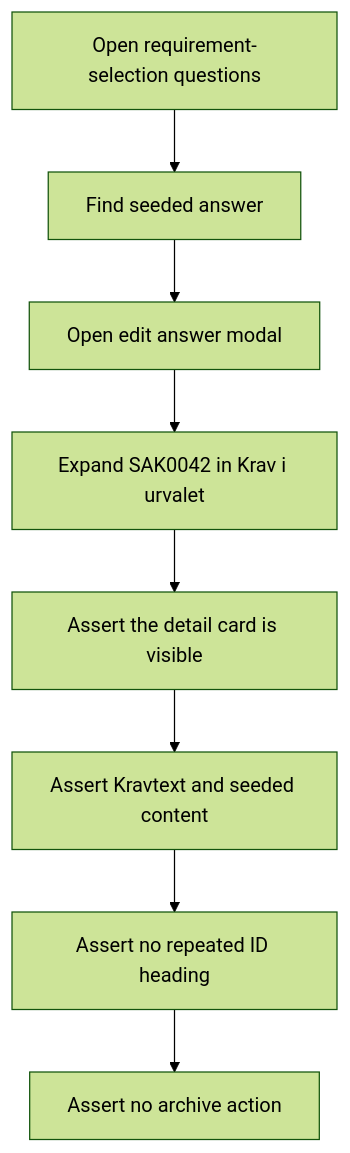
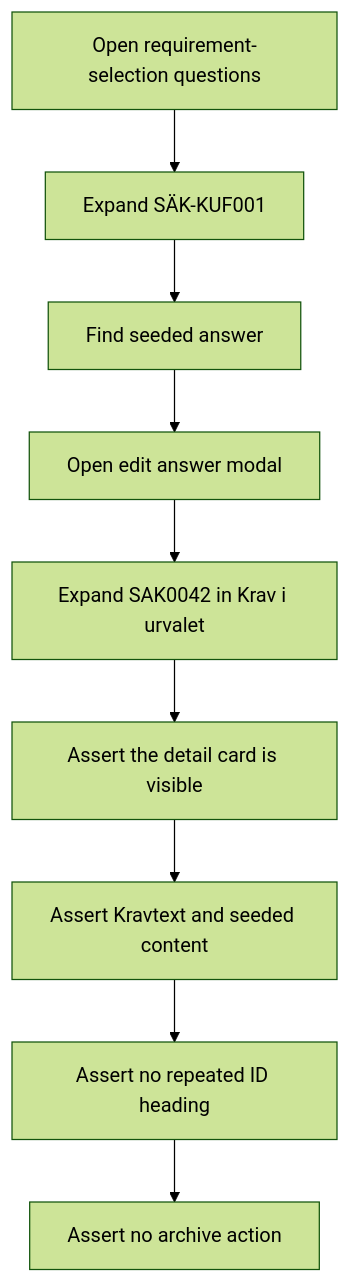
The first of 3 diagrams in tests/integration/requirement-selection-questions-detail.md (viscalyx/Kravhantering), drawn with Mermaid (forest theme) before and after one commit. The commit also changed other lines of this file and 36 other files, not shown here.

````diff
--- a/tests/integration/requirement-selection-questions-detail.md
+++ b/tests/integration/requirement-selection-questions-detail.md
@@ -12,10 +12,11 @@
 ```mermaid
 flowchart TD
-    A[Open requirement-selection questions] --> B[Find seeded answer]
-    B --> C[Open edit answer modal]
-    C --> D[Expand SAK0042 in Krav i urvalet]
-    D --> E[Assert the detail card is visible]
-    E --> F[Assert Kravtext and seeded content]
-    F --> G[Assert no repeated ID heading]
-    G --> H[Assert no archive action]
+    A[Open requirement-selection questions] --> B[Expand SÄK-KUF001]
+    B --> C[Find seeded answer]
+    C --> D[Open edit answer modal]
+    D --> E[Expand SAK0042 in Krav i urvalet]
+    E --> F[Assert the detail card is visible]
+    F --> G[Assert Kravtext and seeded content]
+    G --> H[Assert no repeated ID heading]
+    H --> I[Assert no archive action]
 ```
````
